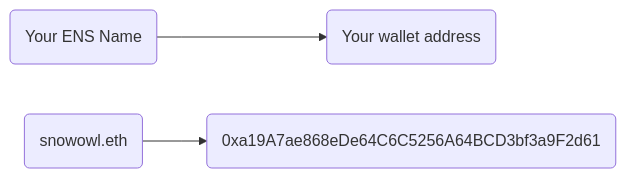
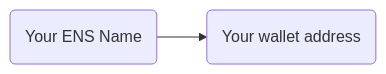
Before and after one commit to ensdomains/ens-support-docs: the first of 2 diagrams in docs/names/records/primary.mdx, drawn with Mermaid. The commit also changed other lines of this file and 19 other files, not shown here.

````diff
--- a/docs/names/records/primary.mdx
+++ b/docs/names/records/primary.mdx
@@ -27,16 +21,13 @@
 ```mermaid
 %%{
   init: {
     'flowchart': {
       'curve': 'linear'
       } } }%%
       
 graph LR;
 A(Your ENS Name);
 B(Your wallet address);
-C(snowowl.eth)
-D(0xa19A7ae868eDe64C6C5256A64BCD3bf3a9F2d61)
 
 A-->B;
-C-->D;
 ```
````
